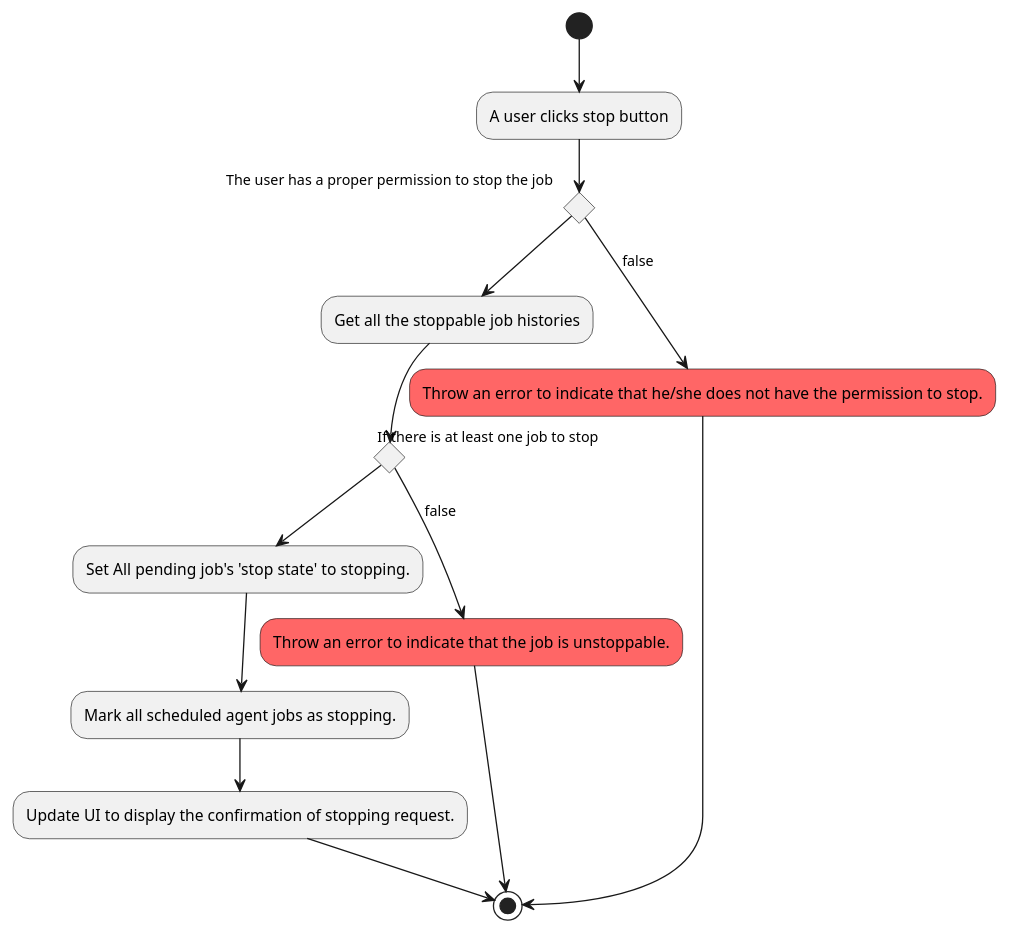
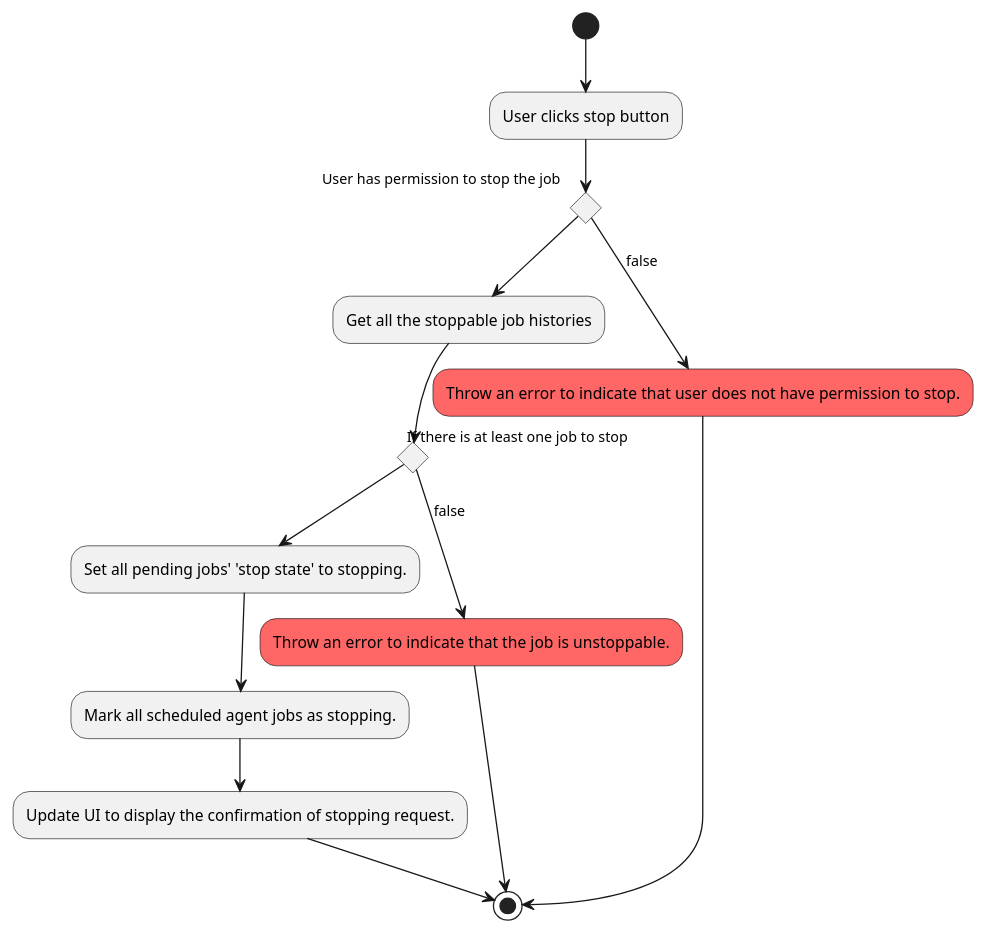
The diagram in documentation/Stop/StopButton.pu (relativityone/server-integrationpoints-integrationpoints), drawn with PlantUML before and after one commit. The commit also changed 4 other files, not shown here.

Commit message:
Updated Stop diagrams' grammar and wording.

```diff
--- a/documentation/Stop/StopButton.pu
+++ b/documentation/Stop/StopButton.pu
@@ -1,22 +1,22 @@
 @startuml
 skinparam activity {
  BackgroundColor<< Error >> #ff6666
 }
  
-(*) --> "A user clicks stop button"
-if "The user has a proper permission to stop the job" then
+(*) --> "User clicks stop button"
+if "User has permission to stop the job" then
 	--> "Get all the stoppable job histories"
 	if "If there is at least one job to stop" then
-		--> "Set All pending job's 'stop state' to stopping."
+		--> "Set all pending jobs' 'stop state' to stopping."
 		--> "Mark all scheduled agent jobs as stopping."
 		--> "Update UI to display the confirmation of stopping request."
 		--> (*)
 	else
 		--> [false] "Throw an error to indicate that the job is unstoppable." << Error >>
  		--> (*)
 	end if
 else
-	--> [false] "Throw an error to indicate that he/she does not have the permission to stop." << Error >>
+	--> [false] "Throw an error to indicate that user does not have permission to stop." << Error >>
 endif
 --> (*)
 @enduml
```
